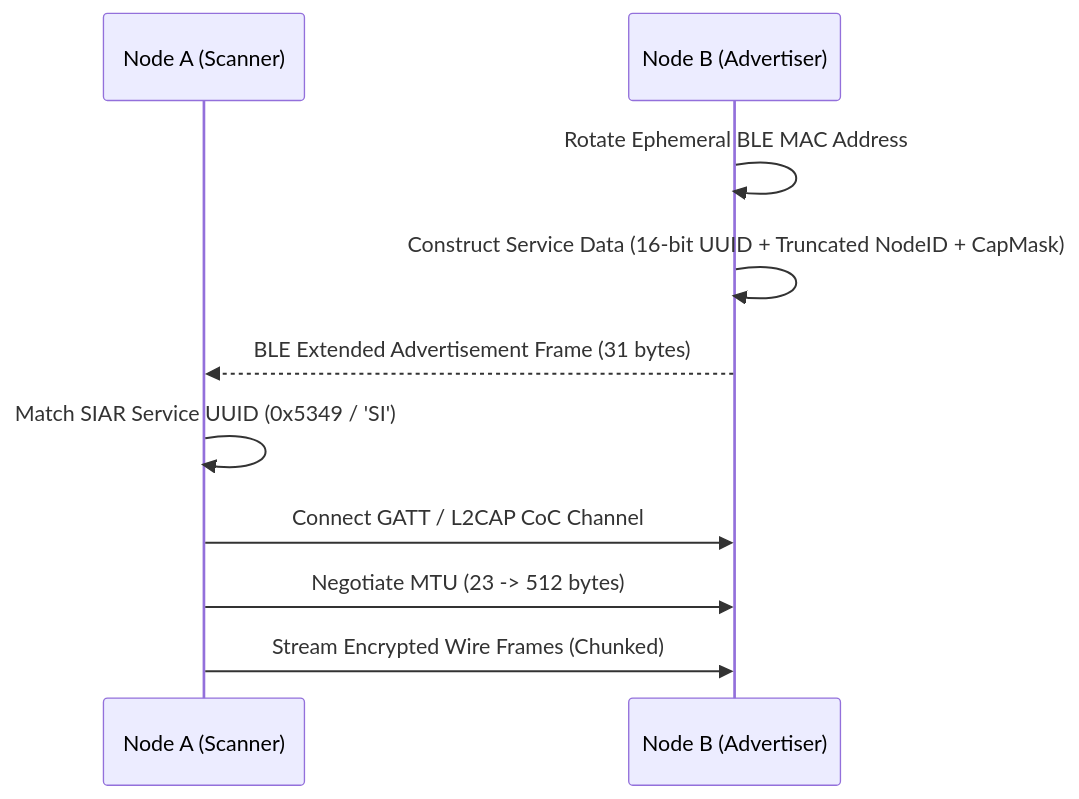
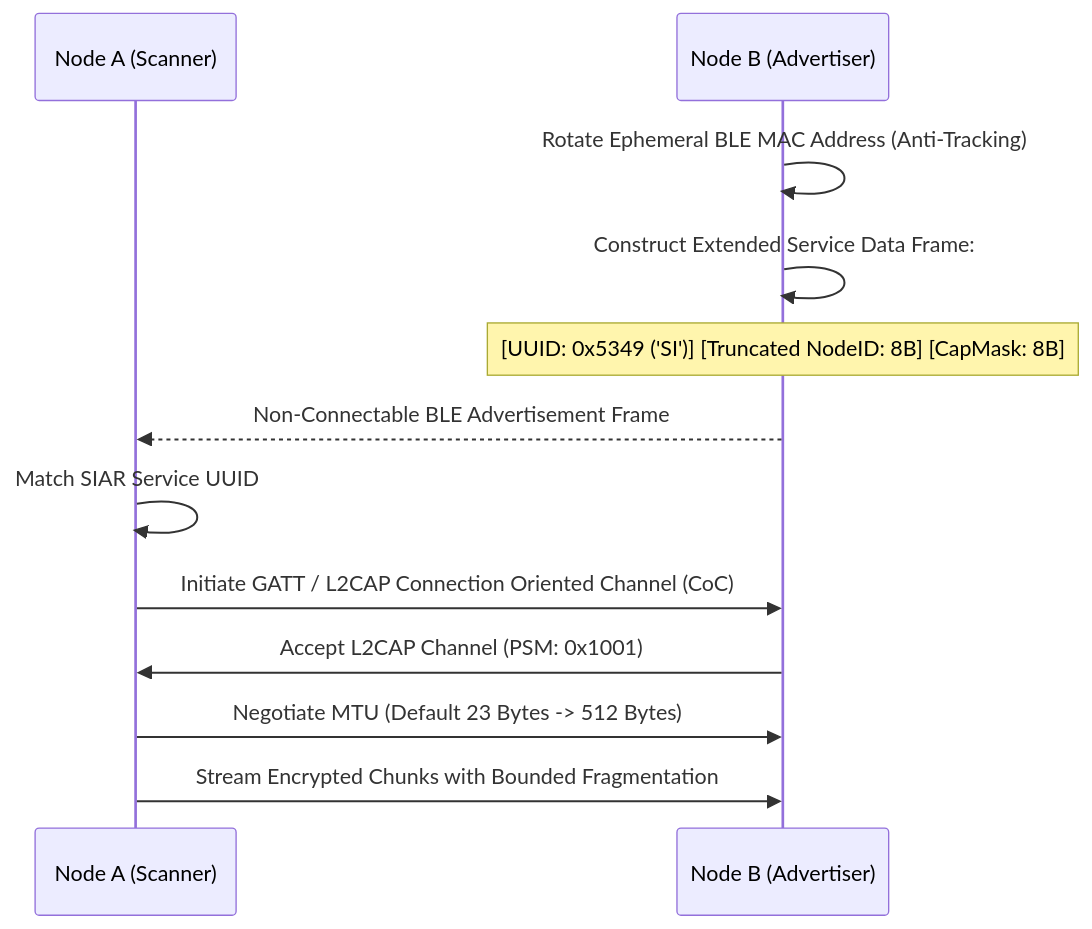
Before and after one commit to irshadali5/siar: the diagram in wiki/05-Proximity-and-Hardware-Transports.md, drawn with Mermaid. The commit also changed other lines of this file, not shown here.

````diff
--- a/wiki/05-Proximity-and-Hardware-Transports.md
+++ b/wiki/05-Proximity-and-Hardware-Transports.md
@@ -47,13 +143,15 @@
 ```mermaid
 sequenceDiagram
-    participant NodeA as Node A (Scanner)
-    participant NodeB as Node B (Advertiser)
+    participant Scanner as Node A (Scanner)
+    participant Advertiser as Node B (Advertiser)
 
-    NodeB->>NodeB: Rotate Ephemeral BLE MAC Address
-    NodeB->>NodeB: Construct Service Data (16-bit UUID + Truncated NodeID + CapMask)
-    NodeB-->>NodeA: BLE Extended Advertisement Frame (31 bytes)
-    NodeA->>NodeA: Match SIAR Service UUID (0x5349 / 'SI')
-    NodeA->>NodeB: Connect GATT / L2CAP CoC Channel
-    NodeA->>NodeB: Negotiate MTU (23 -> 512 bytes)
-    NodeA->>NodeB: Stream Encrypted Wire Frames (Chunked)
+    Advertiser->>Advertiser: Rotate Ephemeral BLE MAC Address (Anti-Tracking)
+    Advertiser->>Advertiser: Construct Extended Service Data Frame:
+    Note over Advertiser: [UUID: 0x5349 ('SI')] [Truncated NodeID: 8B] [CapMask: 8B]
+    Advertiser-->>Scanner: Non-Connectable BLE Advertisement Frame
+    Scanner->>Scanner: Match SIAR Service UUID
+    Scanner->>Advertiser: Initiate GATT / L2CAP Connection Oriented Channel (CoC)
+    Advertiser->>Scanner: Accept L2CAP Channel (PSM: 0x1001)
+    Scanner->>Advertiser: Negotiate MTU (Default 23 Bytes -> 512 Bytes)
+    Scanner->>Advertiser: Stream Encrypted Chunks with Bounded Fragmentation
 ```
````
